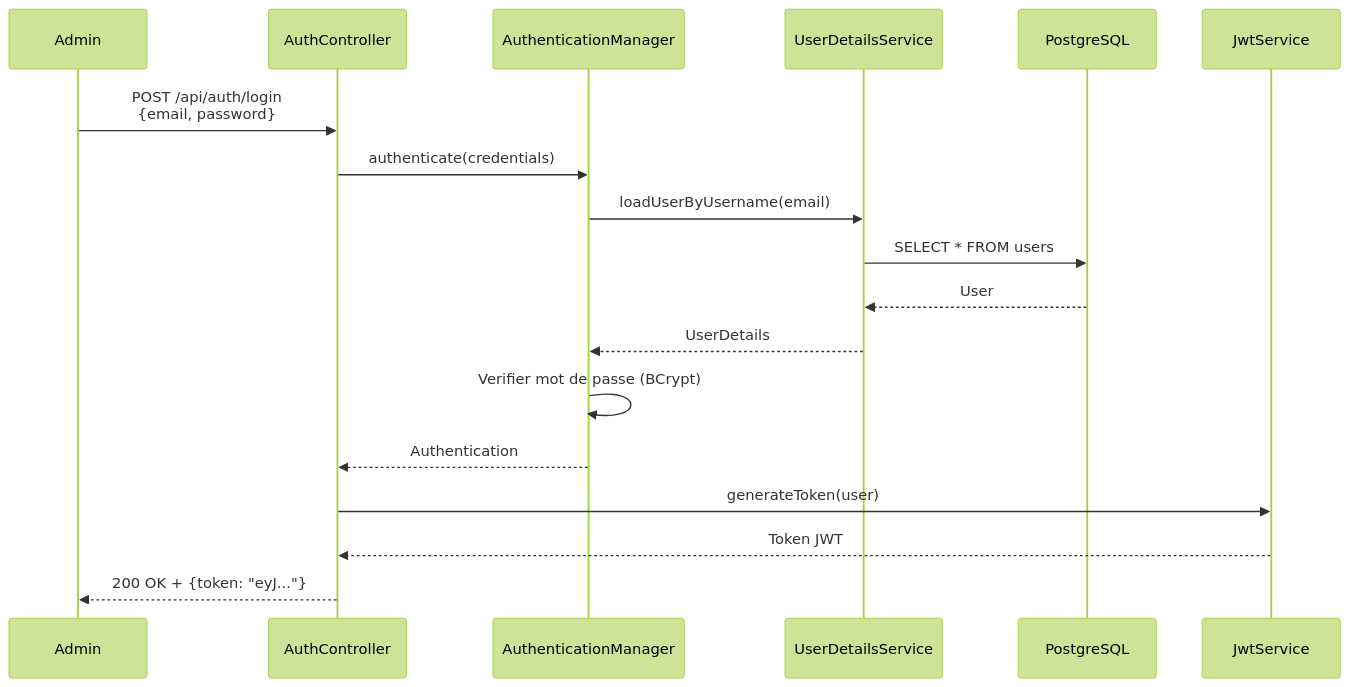
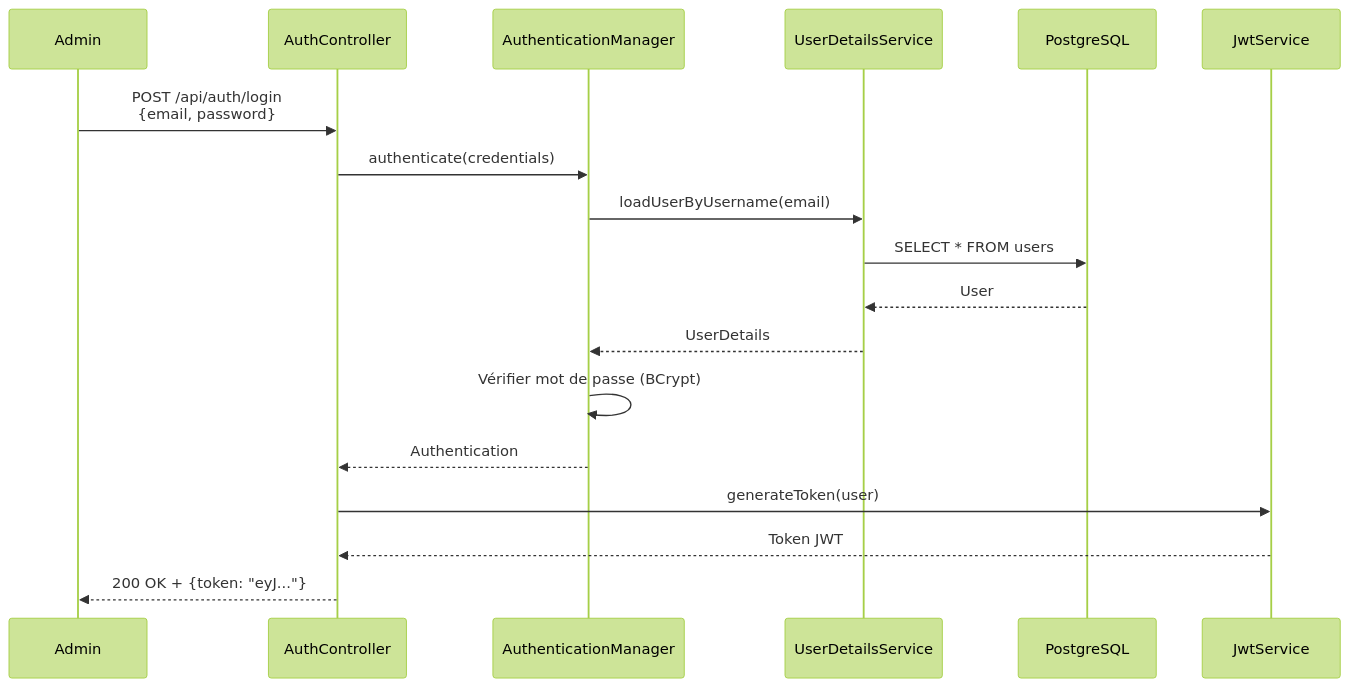
Before and after one commit to hrhouma1/inskillflow-docs-formation-spring-boot-projet-e-contact-backend: the sixth of 7 diagrams in cours/01-presentation-projet.md, drawn with Mermaid (forest theme). The commit also changed other lines of this file, not shown here.

````diff
--- a/cours/01-presentation-projet.md
+++ b/cours/01-presentation-projet.md
@@ -294,21 +294,21 @@
 ```mermaid
 sequenceDiagram
     participant A as Admin
     participant C as AuthController
     participant AM as AuthenticationManager
     participant UDS as UserDetailsService
     participant DB as PostgreSQL
     participant JWT as JwtService
 
     A->>C: POST /api/auth/login<br/>{email, password}
     C->>AM: authenticate(credentials)
     AM->>UDS: loadUserByUsername(email)
     UDS->>DB: SELECT * FROM users
     DB-->>UDS: User
     UDS-->>AM: UserDetails
-    AM->>AM: Verifier mot de passe (BCrypt)
+    AM->>AM: Vérifier mot de passe (BCrypt)
     AM-->>C: Authentication
     C->>JWT: generateToken(user)
     JWT-->>C: Token JWT
     C-->>A: 200 OK + {token: "eyJ..."}
 ```
````
